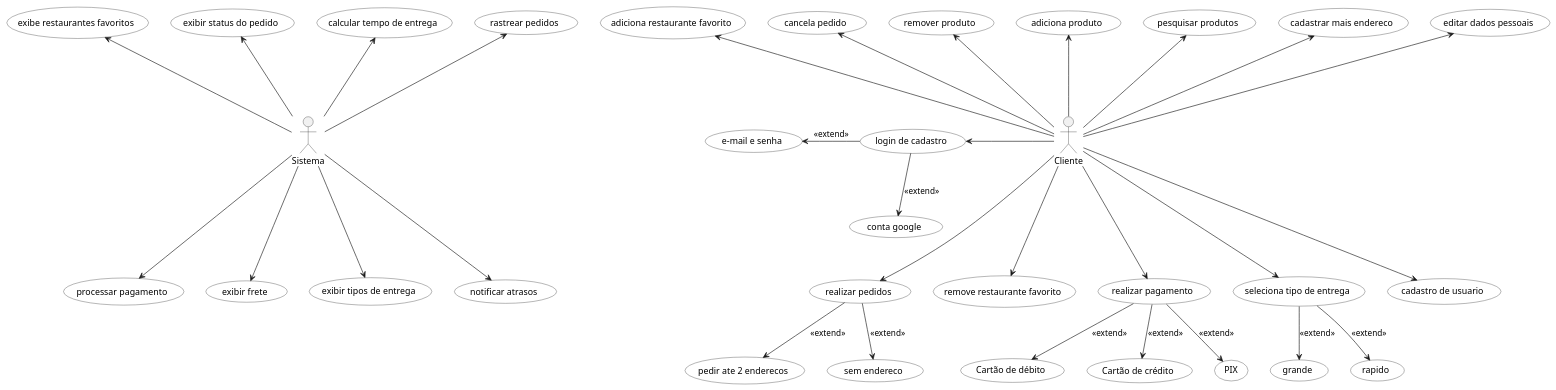
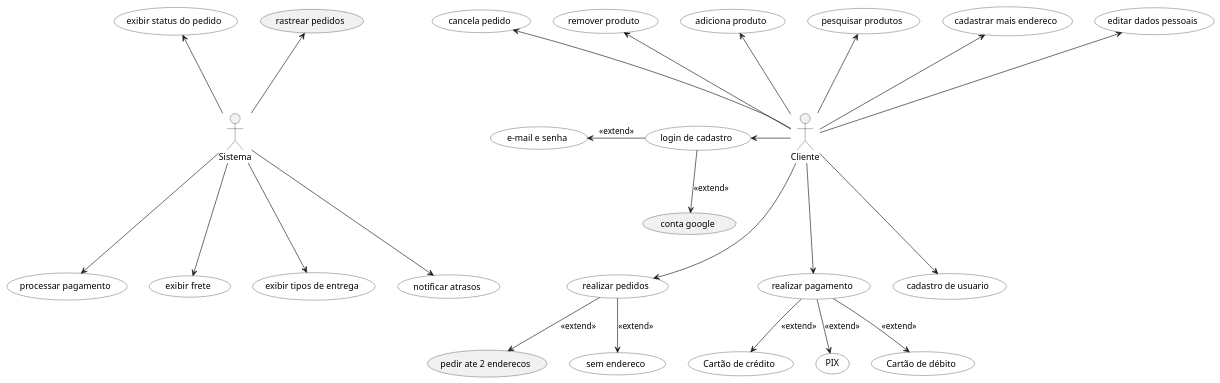
The diagram in docs/__Elaboração/Diagramas/diagrama_de_casos_de_uso.md (Projetos-de-Extensao/PBE_25.1_8001_VI), drawn with PlantUML before and after one commit. The commit also changed other lines of this file and 3 other files, not shown here.

````diff
--- a/docs/__Elaboração/Diagramas/diagrama_de_casos_de_uso.md
+++ b/docs/__Elaboração/Diagramas/diagrama_de_casos_de_uso.md
@@ -10,15 +10,15 @@
 ```puml
 <style>
 document {
-  BackGroundColor #white
+BackGroundColor #white
 }
 root {
-  FontColor #black
-  LineColor #black
+FontColor #black
+LineColor #black
 }
 legend{
-    FontColor white
-    BackGroundColor white
+FontColor white
+BackGroundColor white
 }
 </style>
 @startuml
@@ -28,34 +28,23 @@
 usecase "cadastro de usuario" #white
 usecase "login de cadastro" #white
 usecase "e-mail e senha" #white
-usecase "conta google" #white
 usecase "realizar pedidos" #white
 usecase "sem endereco" #white
-usecase "pedir ate 2 enderecos" #white
 usecase "editar dados pessoais" #white
 usecase "cadastrar mais endereco" #white
 usecase "pesquisar produtos" #white
 usecase "adiciona produto" #white
 usecase "remover produto" #white
-usecase "rapido" #white
-usecase "grande" #white
-usecase "rastrear pedidos" #white
-usecase "calcular tempo de entrega" #white
 usecase "exibir status do pedido" #white
-usecase "exibe restaurantes favoritos" #white
 usecase "processar pagamento" #white
 usecase "exibir frete" #white
 usecase "exibir tipos de entrega" #white
 usecase "cancela pedido" #white
-usecase "adiciona restaurante favorito" #white
-usecase "remove restaurante favorito" #white
 usecase "realizar pagamento" #white
 usecase "PIX" #white
 usecase "Cartão de débito" #white
 usecase "Cartão de crédito" #white
-usecase "seleciona tipo de entrega" #white
 usecase "notificar atrasos" #white
-
 
 A ---> (cadastro de usuario)
 
@@ -79,29 +68,16 @@
 
 A --up-> (cancela pedido)
 
-A -up--> (adiciona restaurante favorito)
-
-A ---> (remove restaurante favorito)
-
 A ---> (realizar pagamento)
 (realizar pagamento) --> (Cartão de crédito): <<extend>>
 (realizar pagamento) --> (PIX): <<extend>>
 (realizar pagamento) --> (Cartão de débito): <<extend>>
 
-
-A ---> (seleciona tipo de entrega)
-(seleciona tipo de entrega) --> (rapido): <<extend>>
-(seleciona tipo de entrega) --> (grande): <<extend>>
-
 S -up--> (rastrear pedidos)
-S -up--> (calcular tempo de entrega)
 S -up--> (exibir status do pedido)
-S -up--> (exibe restaurantes favoritos)
 S ---> (processar pagamento)
 S ---> (exibir frete)
 S ---> (notificar atrasos)
 S ---> (exibir tipos de entrega)
-
-
 @enduml
 ```
````
